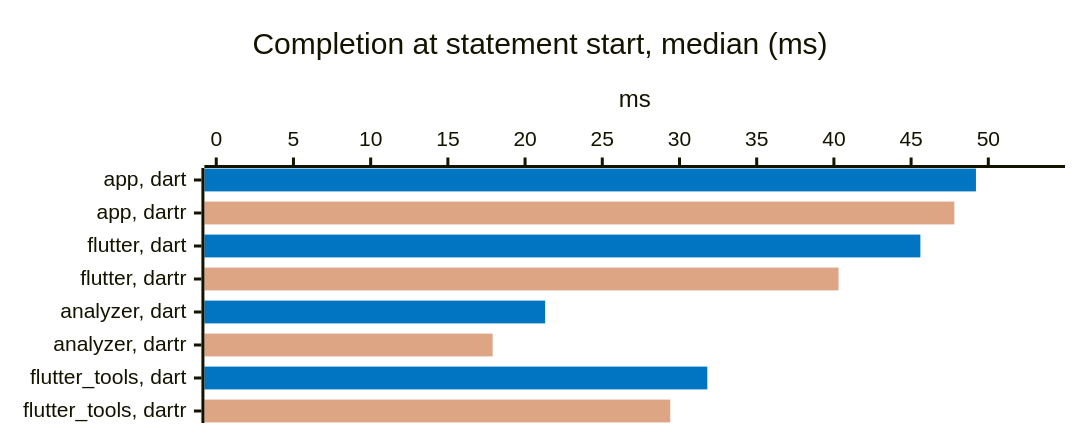
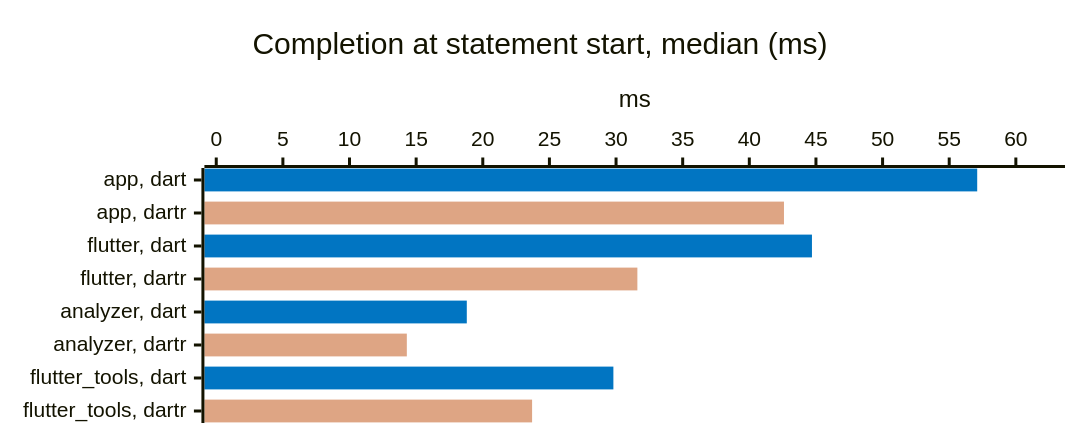
One commit to orestesgaolin/dartr changed the sixth of 14 diagrams in docs/BENCHMARKS.md. Above: the diagram before and after it, drawn with Mermaid. The commit also changed other lines of this file and 1 other file, not shown here.

Commit message:
docs(bench): results after CPU round 5 and the plugin fix; charts updated

````diff
--- a/docs/BENCHMARKS.md
+++ b/docs/BENCHMARKS.md
@@ -115,17 +115,17 @@
 ```mermaid
 ---
 config:
   xyChart:
     height: 272
   themeVariables:
     xyChart:
       plotColorPalette: "#0175C2, #DEA584"
 ---
 xychart-beta horizontal
     %% -100 = no bar: one series per measurement gives each its own color
     title "Completion at statement start, median (ms)"
     x-axis ["app, dart", "app, dartr", "flutter, dart", "flutter, dartr", "analyzer, dart", "analyzer, dartr", "flutter_tools, dart", "flutter_tools, dartr"]
-    y-axis "ms" 0 --> 54.2
-    bar [49.2, -100, 45.6, -100, 21.3, -100, 31.8, -100]
-    bar [-100, 47.8, -100, 40.3, -100, 17.9, -100, 29.4]
+    y-axis "ms" 0 --> 62.8
+    bar [57.1, -100, 44.7, -100, 18.8, -100, 29.8, -100]
+    bar [-100, 42.6, -100, 31.6, -100, 14.3, -100, 23.7]
 ```
````
